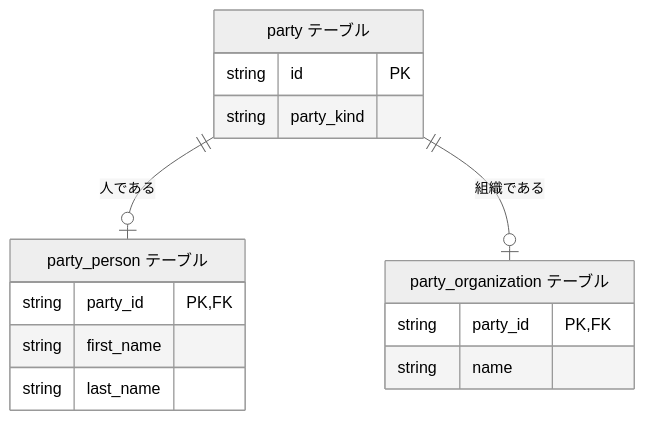
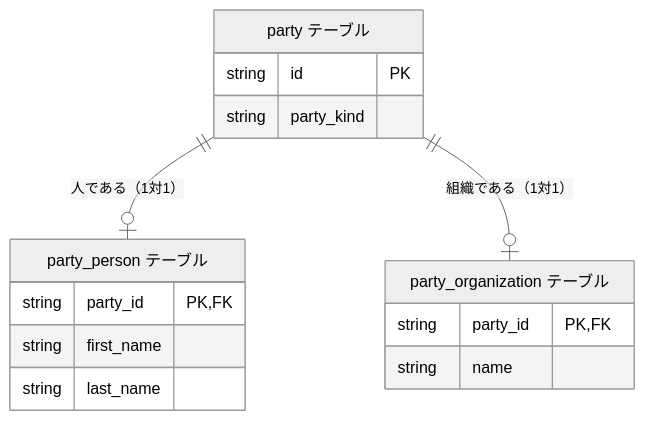
One commit to hiroki-it/tech-notebook changed diagram 13 of 30 in docs/software/software_middleware_database_rdb_er.md. Above: the diagram before and after it, drawn with Mermaid (neutral theme). The commit also changed other lines of this file and 4 other files, not shown here.

````diff
--- a/docs/software/software_middleware_database_rdb_er.md
+++ b/docs/software/software_middleware_database_rdb_er.md
@@ -401,21 +401,21 @@
 ```mermaid
 erDiagram
   party["party テーブル"] {
     string id PK
     string party_kind
   }
 
   party_person["party_person テーブル"] {
     string party_id PK,FK
     string first_name
     string last_name
   }
 
   party_organization["party_organization テーブル"] {
     string party_id PK,FK
     string name
   }
 
-  party ||--o| party_person : "人である"
-  party ||--o| party_organization : "組織である"
+  party ||--o| party_person : "人である（1対1）"
+  party ||--o| party_organization : "組織である（1対1）"
 ```
````
